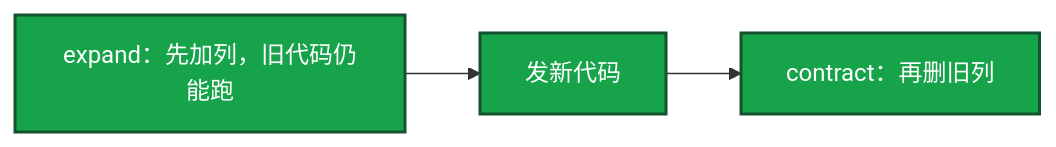
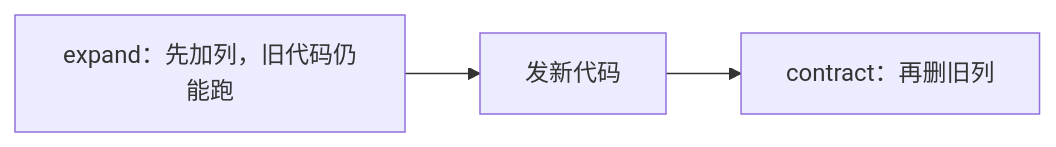
One commit to ml-cuizijun/LearnToLilith changed the seventh of 8 diagrams in 05-工程化与自动化/02-CI-CD/知识点.md. Above: the diagram before and after it, drawn with Mermaid. The commit also changed other lines of this file and 107 other files, not shown here.

````diff
--- a/05-工程化与自动化/02-CI-CD/知识点.md
+++ b/05-工程化与自动化/02-CI-CD/知识点.md
@@ -464,8 +487,5 @@
 ```mermaid
 flowchart LR
     A[expand：先加列，旧代码仍能跑] --> B[发新代码]
     B --> C[contract：再删旧列]
-
-    classDef a fill:#16A34A,stroke:#14532D,stroke-width:2px,color:#fff
-    class A,B,C a
 ```
````
